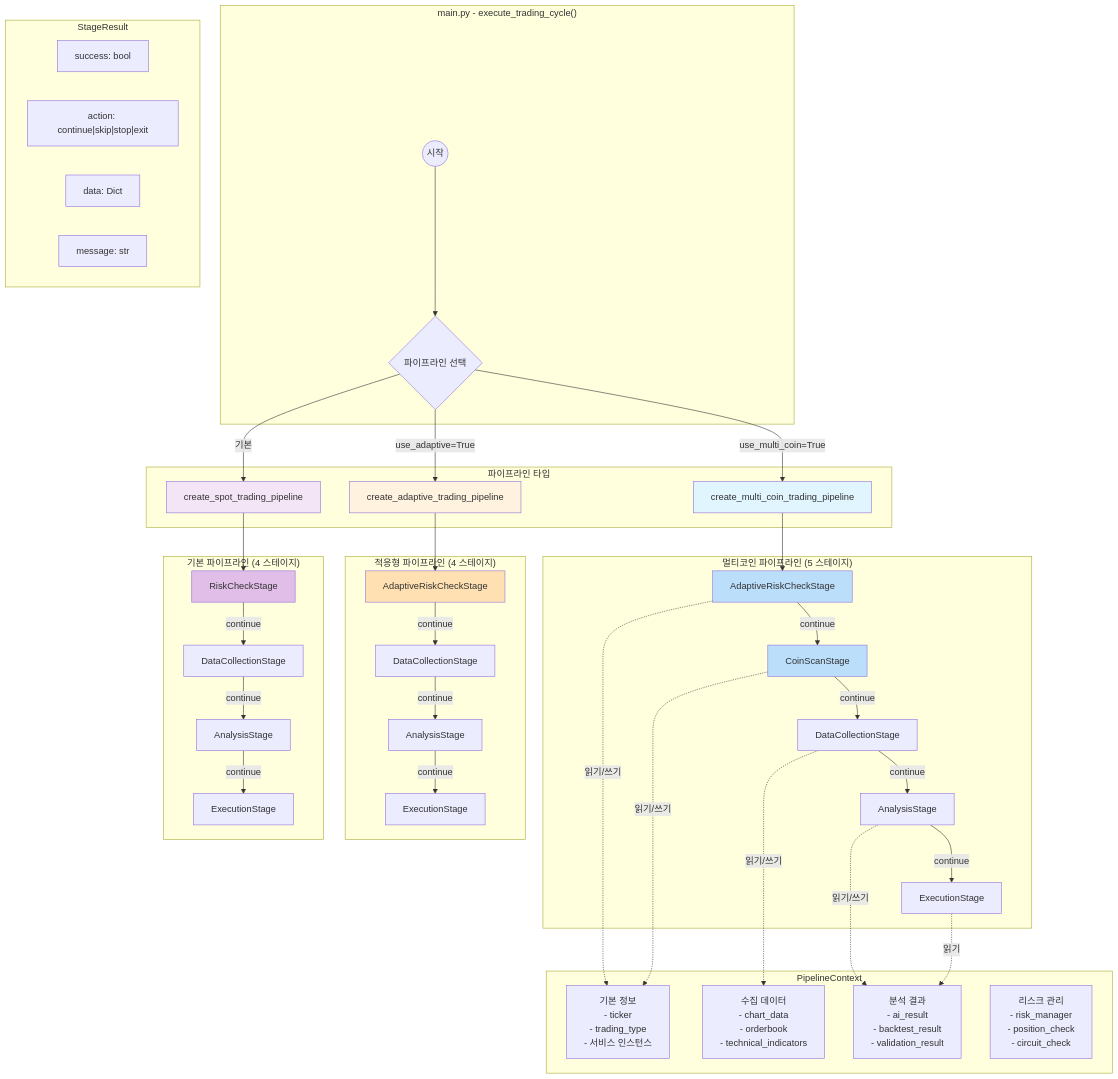
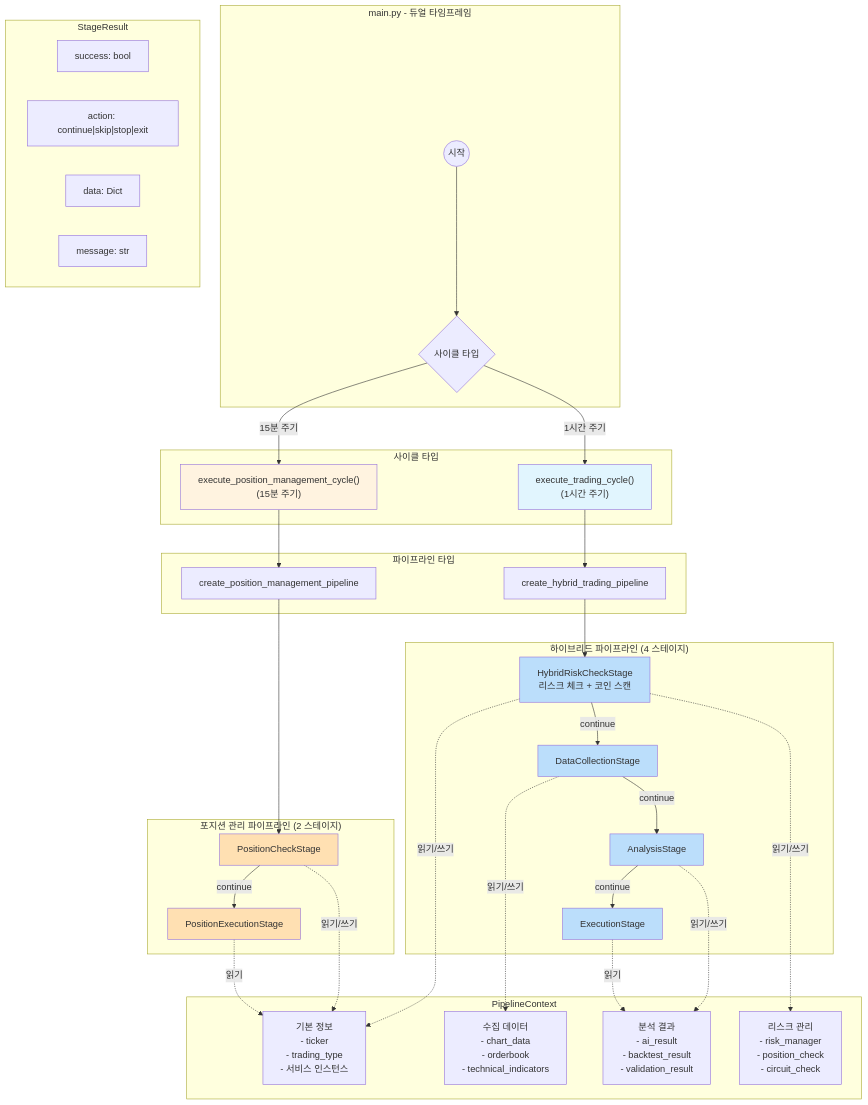
Before and after one commit to myselios/dg_bot: the diagram in docs/diagrams/07-pipeline-architecture.mmd, drawn with Mermaid. The commit also changed 113 other files, not shown here.

```diff
--- a/docs/diagrams/07-pipeline-architecture.mmd
+++ b/docs/diagrams/07-pipeline-architecture.mmd
@@ -1,83 +1,75 @@
 flowchart TB
-    subgraph Main["main.py - execute_trading_cycle()"]
+    subgraph Main["main.py - 듀얼 타임프레임"]
         START((시작))
-        SELECT{파이프라인 선택}
+        SELECT{사이클 타입}
+    end
+
+    subgraph Cycles["사이클 타입"]
+        TRADING["execute_trading_cycle()<br/>(1시간 주기)"]
+        POSITION["execute_position_management_cycle()<br/>(15분 주기)"]
     end
 
     subgraph Pipelines["파이프라인 타입"]
-        MULTI[create_multi_coin_trading_pipeline]
-        ADAPTIVE[create_adaptive_trading_pipeline]
-        BASIC[create_spot_trading_pipeline]
+        HYBRID[create_hybrid_trading_pipeline]
+        POSMGMT[create_position_management_pipeline]
     end
 
-    subgraph MultiCoinPipeline["멀티코인 파이프라인 (5 스테이지)"]
-        M1[AdaptiveRiskCheckStage]
-        M2[CoinScanStage]
-        M3[DataCollectionStage]
-        M4[AnalysisStage]
-        M5[ExecutionStage]
+    subgraph HybridPipeline["하이브리드 파이프라인 (4 스테이지)"]
+        H1[HybridRiskCheckStage<br/>리스크 체크 + 코인 스캔]
+        H2[DataCollectionStage]
+        H3[AnalysisStage]
+        H4[ExecutionStage]
     end
 
-    subgraph AdaptivePipeline["적응형 파이프라인 (4 스테이지)"]
-        A1[AdaptiveRiskCheckStage]
-        A2[DataCollectionStage]
-        A3[AnalysisStage]
-        A4[ExecutionStage]
-    end
-
-    subgraph BasicPipeline["기본 파이프라인 (4 스테이지)"]
-        B1[RiskCheckStage]
-        B2[DataCollectionStage]
-        B3[AnalysisStage]
-        B4[ExecutionStage]
+    subgraph PositionPipeline["포지션 관리 파이프라인 (2 스테이지)"]
+        P1[PositionCheckStage]
+        P2[PositionExecutionStage]
     end
 
     subgraph Context["PipelineContext"]
         CTX_BASE["기본 정보<br/>- ticker<br/>- trading_type<br/>- 서비스 인스턴스"]
         CTX_DATA["수집 데이터<br/>- chart_data<br/>- orderbook<br/>- technical_indicators"]
         CTX_ANALYSIS["분석 결과<br/>- ai_result<br/>- backtest_result<br/>- validation_result"]
         CTX_RISK["리스크 관리<br/>- risk_manager<br/>- position_check<br/>- circuit_check"]
     end
 
     subgraph StageResult["StageResult"]
         SR_SUCCESS["success: bool"]
         SR_ACTION["action: continue|skip|stop|exit"]
         SR_DATA["data: Dict"]
         SR_MESSAGE["message: str"]
     end
 
     START --> SELECT
-    SELECT -->|use_multi_coin=True| MULTI
-    SELECT -->|use_adaptive=True| ADAPTIVE
-    SELECT -->|기본| BASIC
+    SELECT -->|1시간 주기| TRADING
+    SELECT -->|15분 주기| POSITION
 
-    MULTI --> M1
-    M1 -->|continue| M2
-    M2 -->|continue| M3
-    M3 -->|continue| M4
-    M4 -->|continue| M5
+    TRADING --> HYBRID
+    POSITION --> POSMGMT
 
-    ADAPTIVE --> A1
-    A1 -->|continue| A2
-    A2 -->|continue| A3
-    A3 -->|continue| A4
+    HYBRID --> H1
+    H1 -->|continue| H2
+    H2 -->|continue| H3
+    H3 -->|continue| H4
 
-    BASIC --> B1
-    B1 -->|continue| B2
-    B2 -->|continue| B3
-    B3 -->|continue| B4
+    POSMGMT --> P1
+    P1 -->|continue| P2
 
-    M1 -.->|읽기/쓰기| CTX_BASE
-    M2 -.->|읽기/쓰기| CTX_BASE
-    M3 -.->|읽기/쓰기| CTX_DATA
-    M4 -.->|읽기/쓰기| CTX_ANALYSIS
-    M5 -.->|읽기| CTX_ANALYSIS
+    H1 -.->|읽기/쓰기| CTX_BASE
+    H1 -.->|읽기/쓰기| CTX_RISK
+    H2 -.->|읽기/쓰기| CTX_DATA
+    H3 -.->|읽기/쓰기| CTX_ANALYSIS
+    H4 -.->|읽기| CTX_ANALYSIS
 
-    style MULTI fill:#e1f5fe
-    style ADAPTIVE fill:#fff3e0
-    style BASIC fill:#f3e5f5
+    P1 -.->|읽기/쓰기| CTX_BASE
+    P2 -.->|읽기| CTX_BASE
 
-    style M1 fill:#bbdefb
-    style M2 fill:#bbdefb
-    style A1 fill:#ffe0b2
-    style B1 fill:#e1bee7
+    style TRADING fill:#e1f5fe
+    style POSITION fill:#fff3e0
+
+    style H1 fill:#bbdefb
+    style H2 fill:#bbdefb
+    style H3 fill:#bbdefb
+    style H4 fill:#bbdefb
+    style P1 fill:#ffe0b2
+    style P2 fill:#ffe0b2
```
